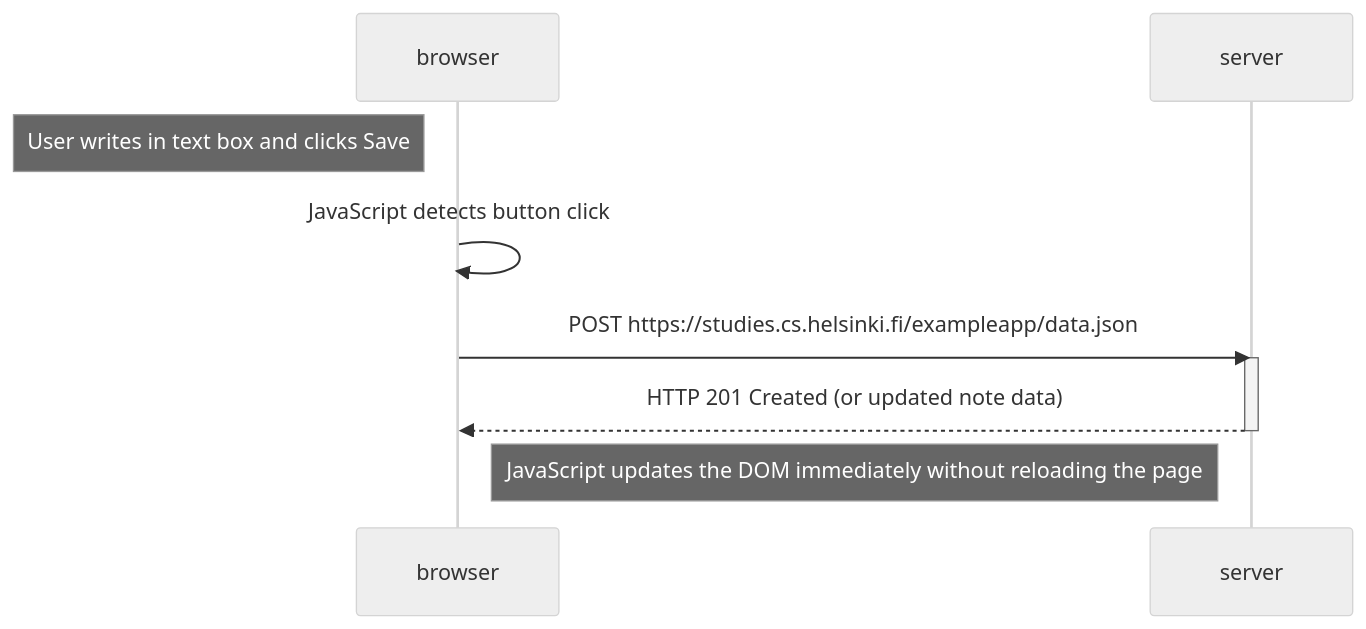
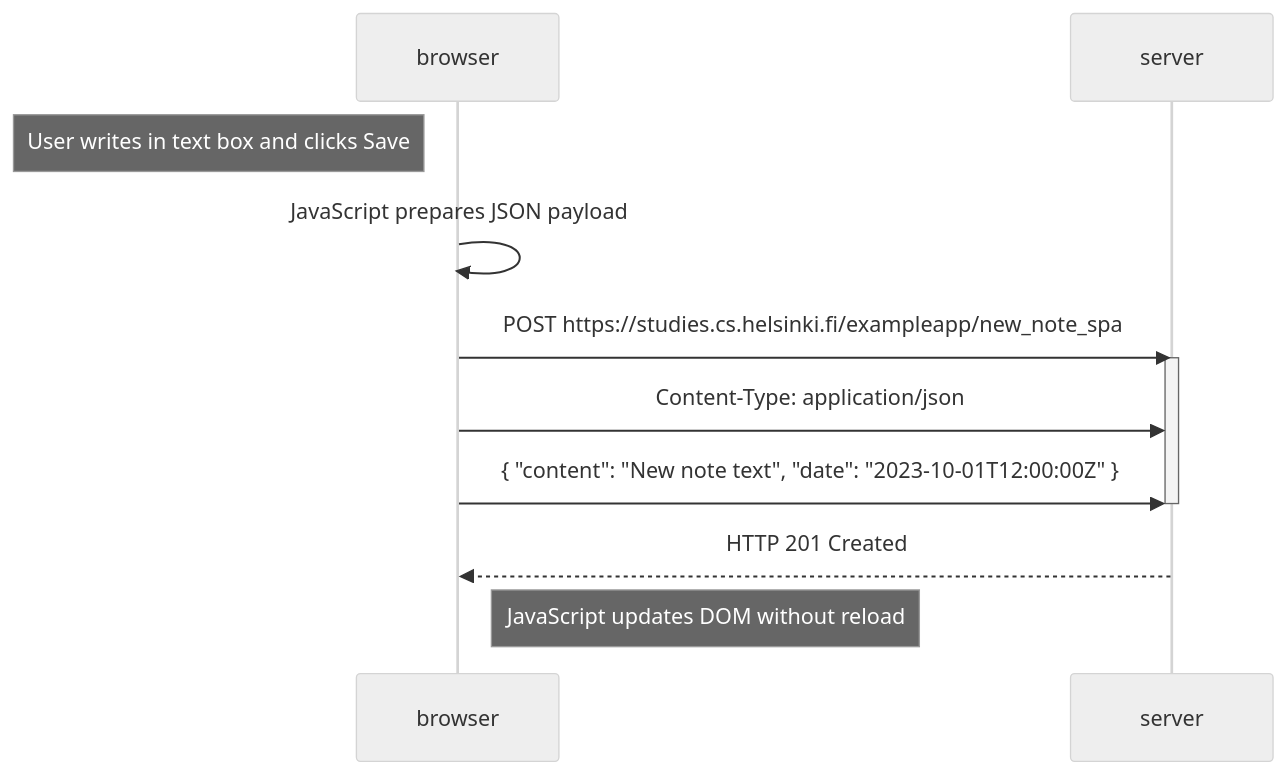
Before and after one commit to lpi-tech/fullstackopen-part0: the diagram in part0/0.6-spa-new-note.md, drawn with Mermaid (neutral theme).

````diff
--- a/part0/0.6-spa-new-note.md
+++ b/part0/0.6-spa-new-note.md
@@ -1,14 +1,16 @@
 ```mermaid
 sequenceDiagram
     participant browser
     participant server
 
     Note left of browser: User writes in text box and clicks Save
-    browser->>browser: JavaScript detects button click
-    browser->>server: POST https://studies.cs.helsinki.fi/exampleapp/data.json 
+    browser->>browser: JavaScript prepares JSON payload
+    browser->>server: POST https://studies.cs.helsinki.fi/exampleapp/new_note_spa 
     activate server
-    server-->>browser: HTTP 201 Created (or updated note data)
+    browser->>server: Content-Type: application/json
+    browser->>server: { "content": "New note text", "date": "2023-10-01T12:00:00Z" }
     deactivate server
 
-    Note right of browser: JavaScript updates the DOM immediately without reloading the page
+    server-->>browser: HTTP 201 Created
+    Note right of browser: JavaScript updates DOM without reload
 ```
````
